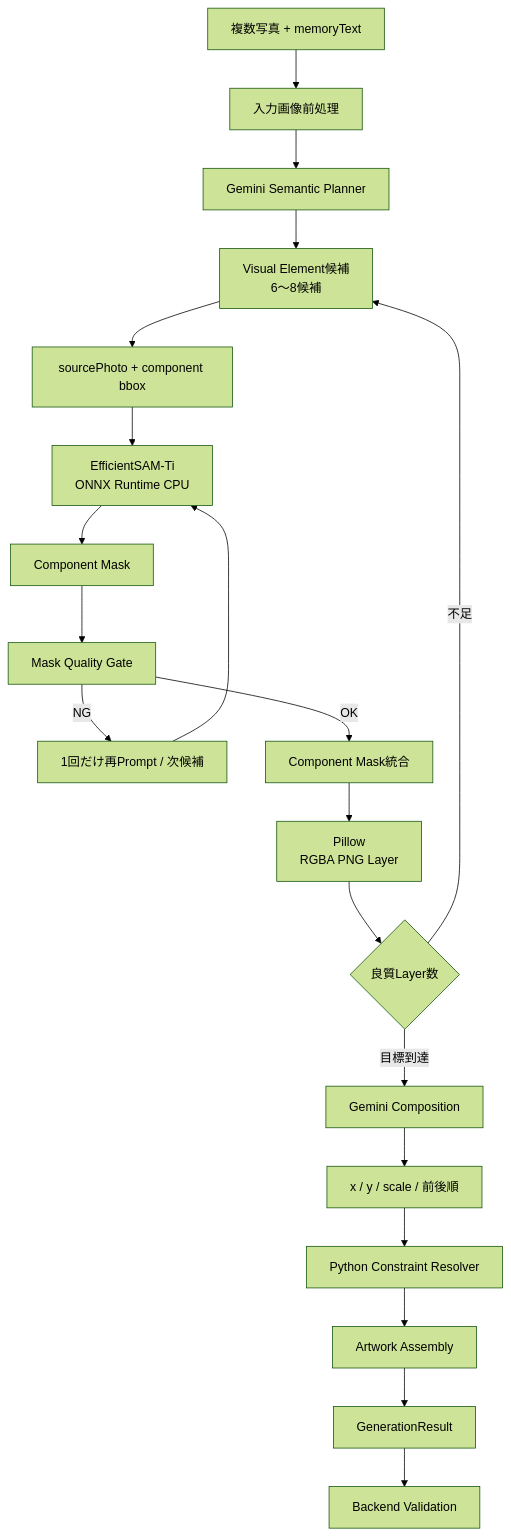
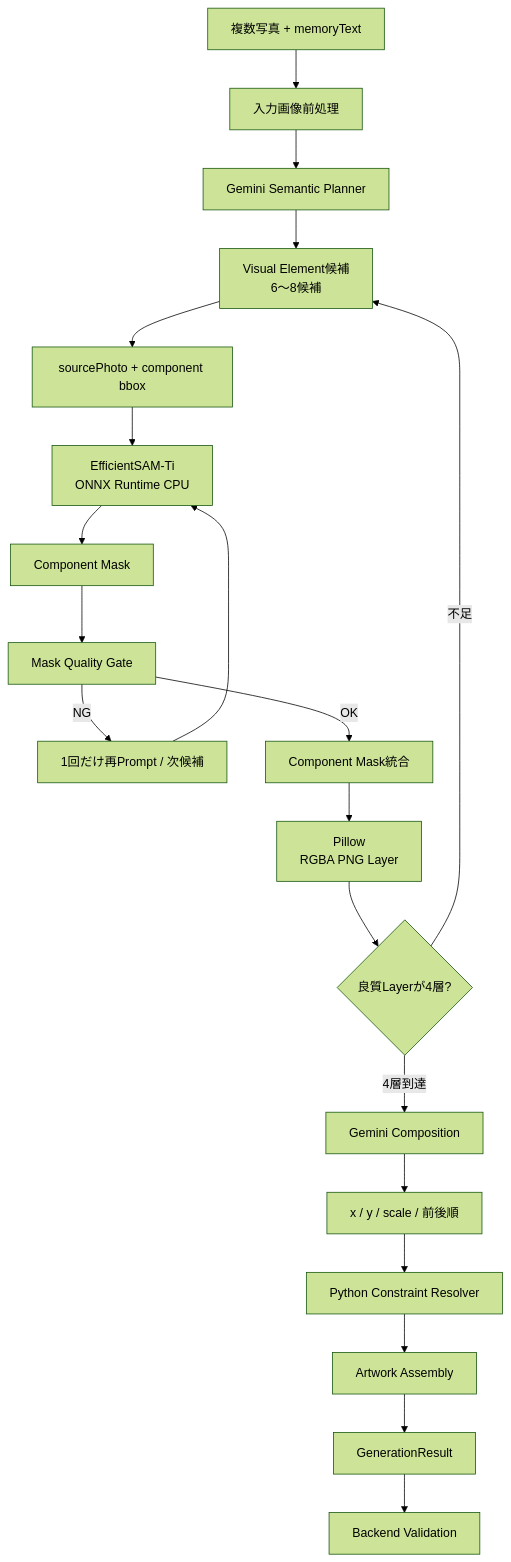
One commit to Ruaku1352/omoi changed the diagram in docs/ai/02_AI_ARCHITECTURE.md. Above: the diagram before and after it, drawn with Mermaid (forest theme). The commit also changed other lines of this file and 16 other files, not shown here.

````diff
--- a/docs/ai/02_AI_ARCHITECTURE.md
+++ b/docs/ai/02_AI_ARCHITECTURE.md
@@ -5,29 +5,29 @@
 ```mermaid
 flowchart TD
     A[複数写真 + memoryText] --> B[入力画像前処理]
     B --> C[Gemini Semantic Planner]
 
     C --> D[Visual Element候補<br/>6〜8候補]
     D --> E[sourcePhoto + component bbox]
 
     E --> F[EfficientSAM-Ti<br/>ONNX Runtime CPU]
     F --> G[Component Mask]
 
     G --> H[Mask Quality Gate]
     H -->|NG| I[1回だけ再Prompt / 次候補]
     I --> F
 
     H -->|OK| J[Component Mask統合]
     J --> K[Pillow<br/>RGBA PNG Layer]
 
-    K --> L{良質Layer数}
+    K --> L{良質Layerが4層?}
     L -->|不足| D
-    L -->|目標到達| M[Gemini Composition]
+    L -->|4層到達| M[Gemini Composition]
 
     M --> N[x / y / scale / 前後順]
     N --> O[Python Constraint Resolver]
 
     O --> P[Artwork Assembly]
     P --> Q[GenerationResult]
     Q --> R[Backend Validation]
 ```
````
